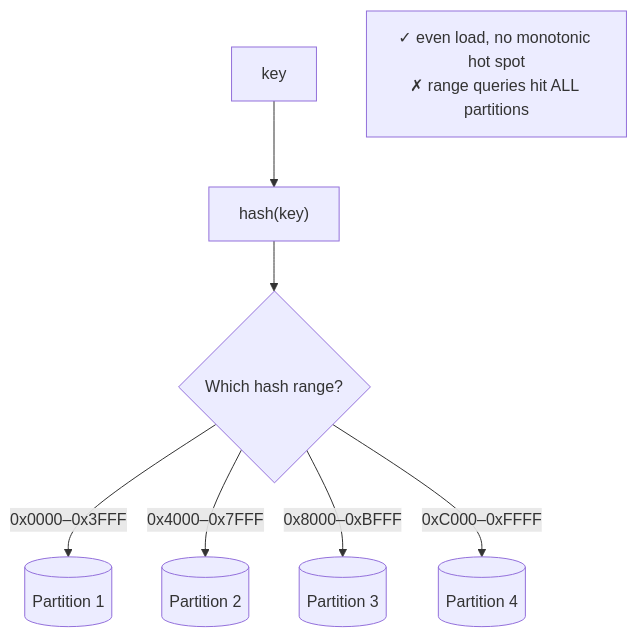
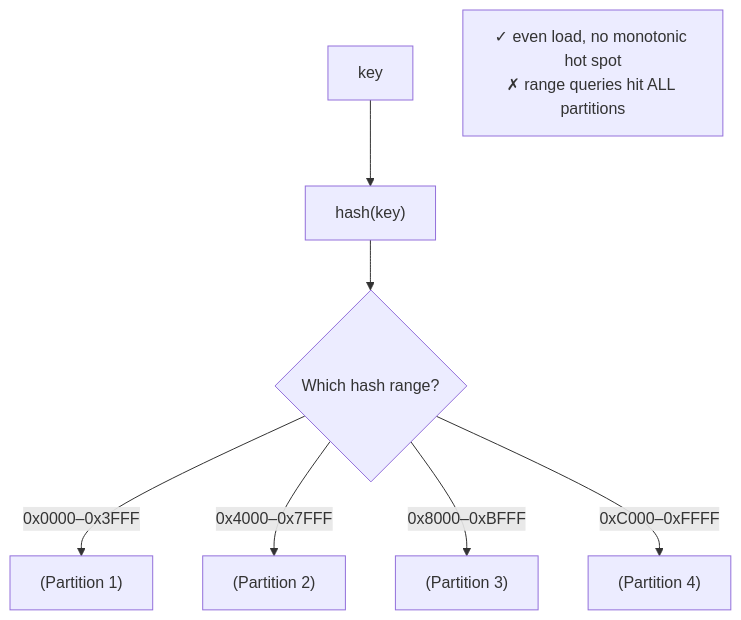
One commit to pankajThakur1874/studysheet changed the second of 3 diagrams in files/02-distributed-data/05-partitioning-strategies.md. Above: the diagram before and after it, drawn with Mermaid. The commit also changed other lines of this file and 102 other files, not shown here.

Commit message:
Auto-fix Mermaid diagram syntax across all study guides to prevent Syntax Error in Mermaid v10

````diff
--- a/files/02-distributed-data/05-partitioning-strategies.md
+++ b/files/02-distributed-data/05-partitioning-strategies.md
@@ -112,10 +112,10 @@
 ```mermaid
 flowchart TD
     K[key] --> H["hash(key)"]
     H --> P{Which hash range?}
-    P -->|0x0000–0x3FFF| P1[(Partition 1)]
-    P -->|0x4000–0x7FFF| P2[(Partition 2)]
-    P -->|0x8000–0xBFFF| P3[(Partition 3)]
-    P -->|0xC000–0xFFFF| P4[(Partition 4)]
+    P -->|0x0000–0x3FFF| P1["(Partition 1)"]
+    P -->|0x4000–0x7FFF| P2["(Partition 2)"]
+    P -->|0x8000–0xBFFF| P3["(Partition 3)"]
+    P -->|0xC000–0xFFFF| P4["(Partition 4)"]
     note2["✓ even load, no monotonic hot spot<br/>✗ range queries hit ALL partitions"]
 ```
````
